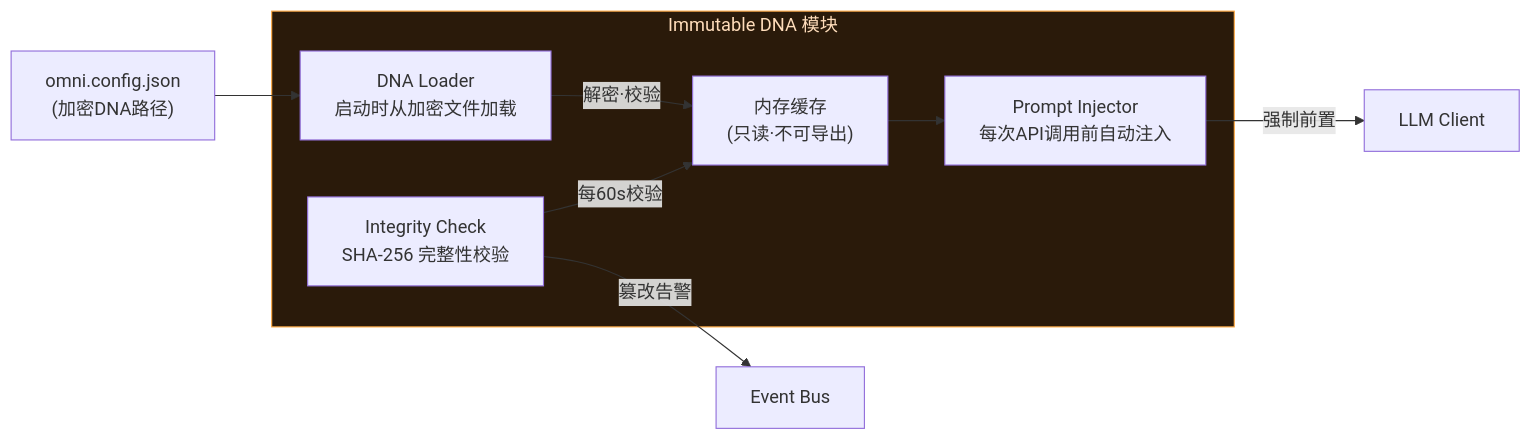
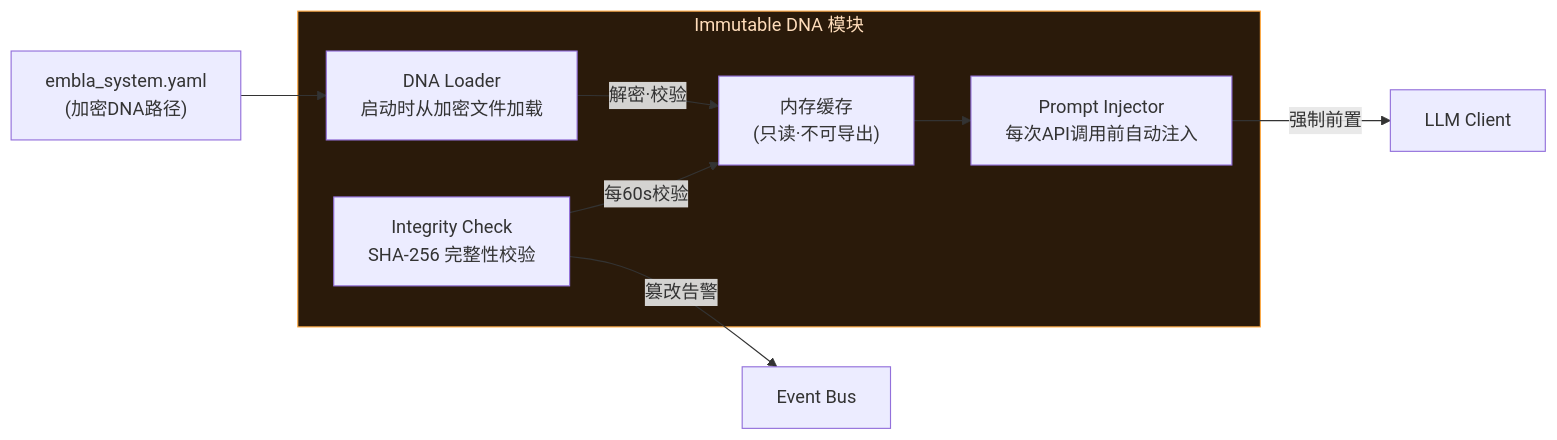
The fifth of 12 diagrams in doc/10-brainstem-layer-modules.md (Yidhar/Embla_System), drawn with Mermaid before and after one commit. The commit also changed other lines of this file and 14 other files, not shown here.

Commit message:
docs: unify Embla_system naming across architecture docs

````diff
--- a/doc/10-brainstem-layer-modules.md
+++ b/doc/10-brainstem-layer-modules.md
@@ -329,19 +329,19 @@
 ```mermaid
 flowchart LR
     subgraph DNA["Immutable DNA 模块"]
         LOADER["DNA Loader<br/>启动时从加密文件加载"]
         CACHE["内存缓存<br/>(只读·不可导出)"]
         INJECTOR["Prompt Injector<br/>每次API调用前自动注入"]
         HASH["Integrity Check<br/>SHA-256 完整性校验"]
     end
 
-    CONFIG["omni.config.json<br/>(加密DNA路径)"] --> LOADER
+    CONFIG["embla_system.yaml<br/>(加密DNA路径)"] --> LOADER
     LOADER -->|"解密·校验"| CACHE
     CACHE --> INJECTOR
     INJECTOR -->|"强制前置"| LLM["LLM Client"]
 
     HASH -->|"每60s校验"| CACHE
     HASH -->|"篡改告警"| EB["Event Bus"]
 
     style DNA fill:#2a1a0a,stroke:#ffaa44,color:#ffddbb
 ```
````
